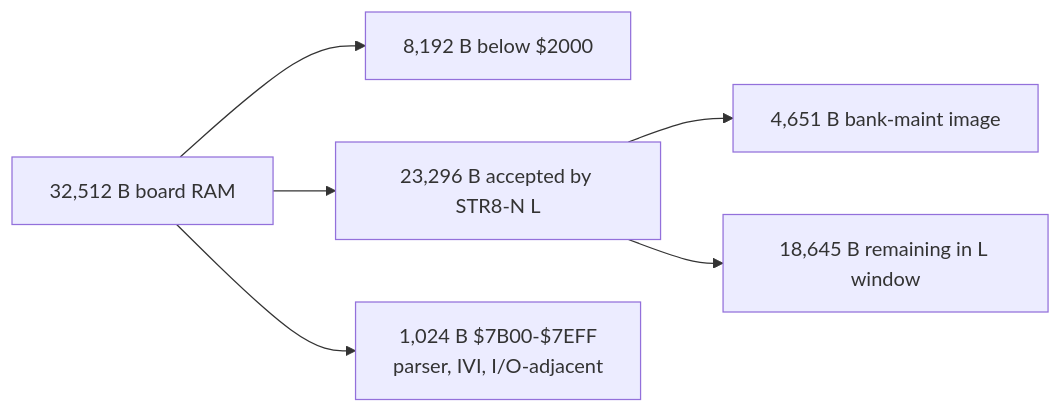
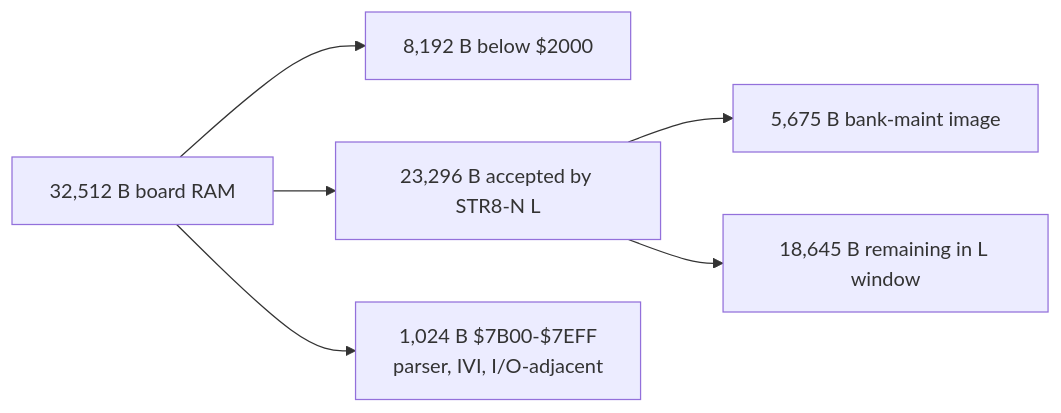
One commit to 95westus/STR8-N changed the ninth of 11 diagrams in docs/MAPS.md. Above: the diagram before and after it, drawn with Mermaid. The commit also changed other lines of this file and 20 other files, not shown here.

````diff
--- a/docs/MAPS.md
+++ b/docs/MAPS.md
@@ -266,8 +267,8 @@
 ```mermaid
 flowchart LR
     TOTAL[32,512 B board RAM] --> LOW[8,192 B below $2000]
     TOTAL --> LWIN[23,296 B accepted by STR8-N L]
     TOTAL --> HIGH[1,024 B $7B00-$7EFF<br/>parser, IVI, I/O-adjacent]
-    LWIN --> BMIMG[4,651 B bank-maint image]
+    LWIN --> BMIMG[5,675 B bank-maint image]
     LWIN --> LOTHER[18,645 B remaining in L window]
 ```
````
